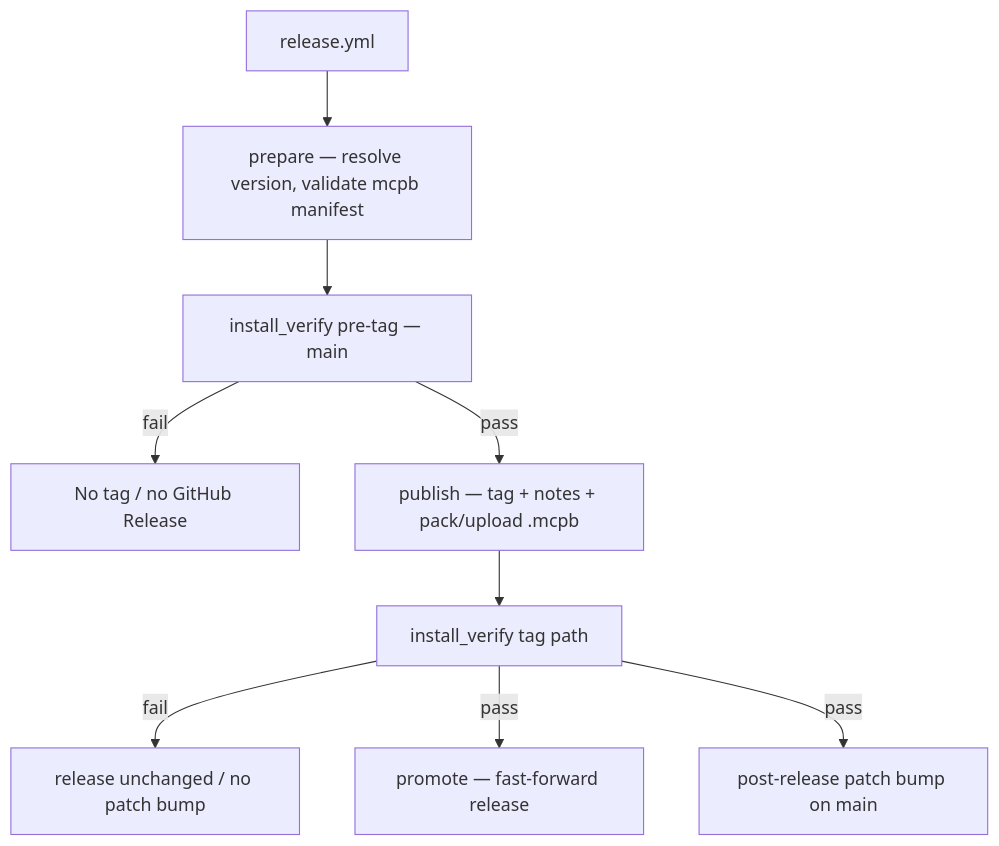
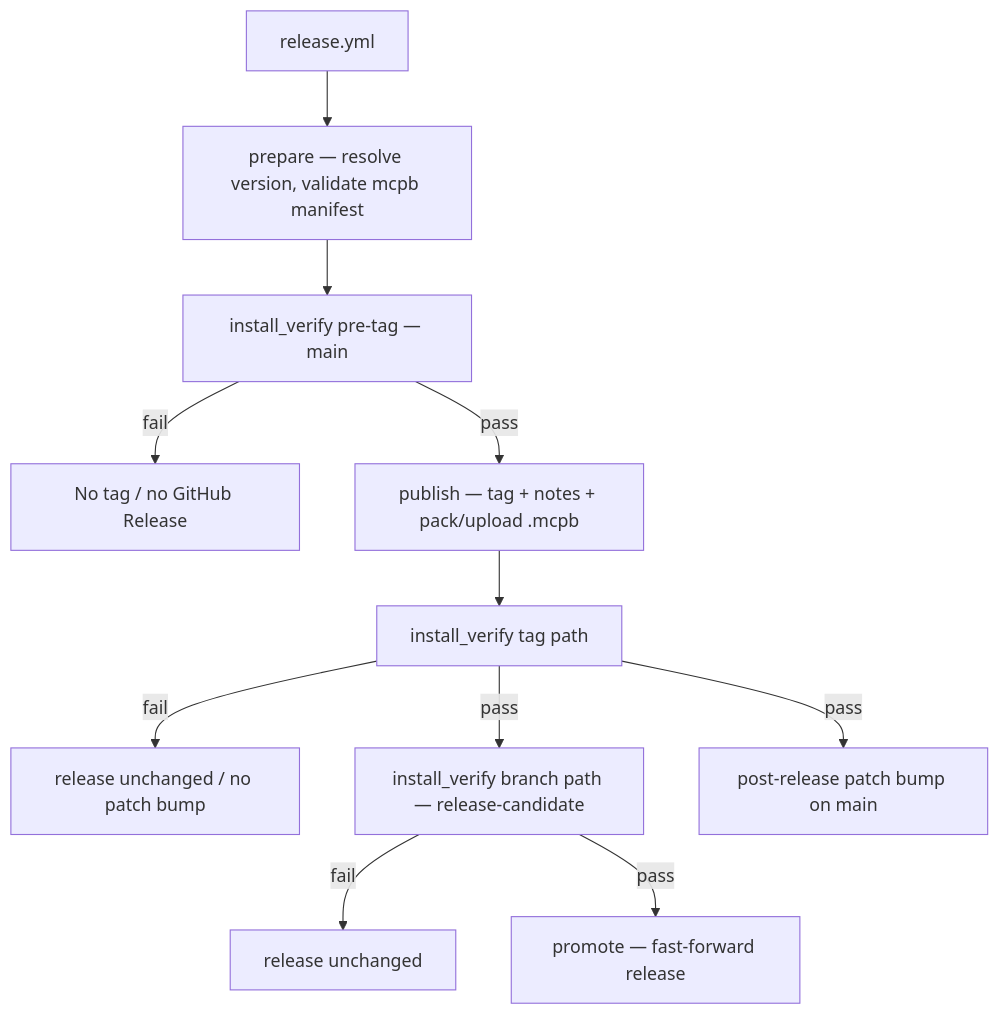
Before and after one commit to CREATeNG/freecad-mcp-bridge: the diagram in MAINTAINING.md, drawn with Mermaid. The commit also changed other lines of this file, not shown here.

Commit message:
MAINTAINING: the branch-path verify in release.yml's job order

````diff
--- a/MAINTAINING.md
+++ b/MAINTAINING.md
@@ -82,12 +82,14 @@
 ```mermaid
 flowchart TD
   R[release.yml]
   R --> prep[prepare — resolve version, validate mcpb manifest]
   prep --> verify[install_verify pre-tag — main]
   verify -->|fail| stop[No tag / no GitHub Release]
   verify -->|pass| pub[publish — tag + notes + pack/upload .mcpb]
   pub --> postverify[install_verify tag path]
   postverify -->|fail| stop2[release unchanged / no patch bump]
-  postverify -->|pass| promote[promote — fast-forward release]
+  postverify -->|pass| candverify[install_verify branch path — release-candidate]
+  candverify -->|fail| stop3[release unchanged]
+  candverify -->|pass| promote[promote — fast-forward release]
   postverify -->|pass| zbump[post-release patch bump on main]
 ```
````
